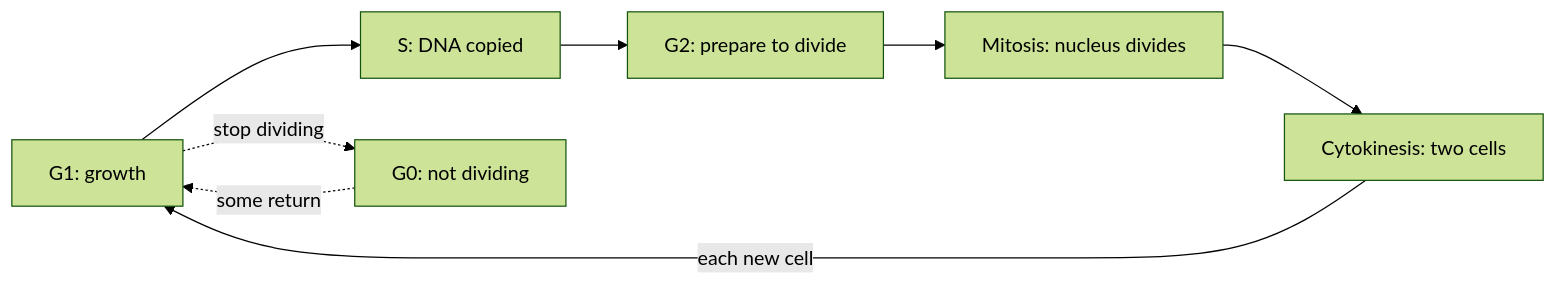
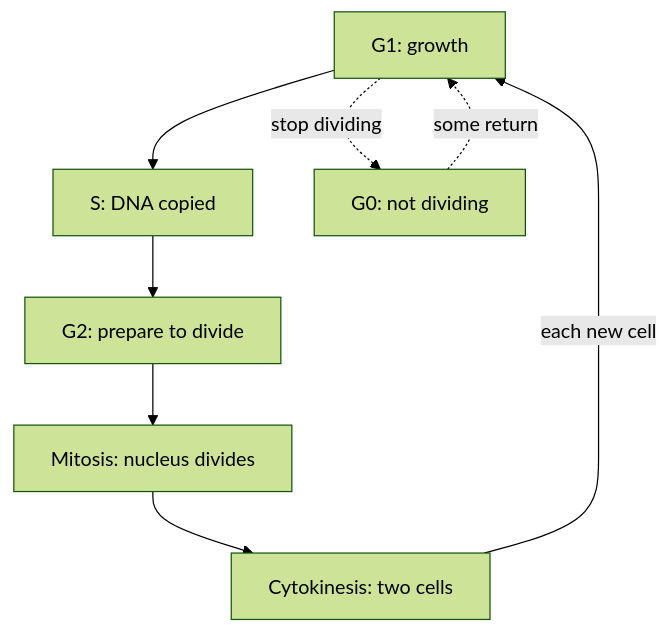
One commit to Aziliz/erudior changed the diagram in content/math/biology/lessons/14-cell-cycle.md. Above: the diagram before and after it, drawn with Mermaid (forest theme). The commit also changed 34 other files, not shown here.

````diff
--- a/content/math/biology/lessons/14-cell-cycle.md
+++ b/content/math/biology/lessons/14-cell-cycle.md
@@ -38,12 +38,12 @@
 ```mermaid
-flowchart LR
+flowchart TD
   accTitle: The cell cycle
   accDescr: A new cell enters G1, where it grows. It then enters S phase, where the DNA is copied, then G2, where it prepares to divide, then mitosis, where the nucleus divides, then cytokinesis, which makes two new cells that each start again in G1. From G1 a cell can instead leave the cycle and enter G0, a non-dividing state, and some cells can return from G0 to G1.
   G1["G1: growth"] --> S["S: DNA copied"]
   S --> G2["G2: prepare to divide"]
   G2 --> M["Mitosis: nucleus divides"]
   M --> C["Cytokinesis: two cells"]
   C -- "each new cell" --> G1
   G1 -. "stop dividing" .-> G0["G0: not dividing"]
   G0 -. "some return" .-> G1
 ```
````
